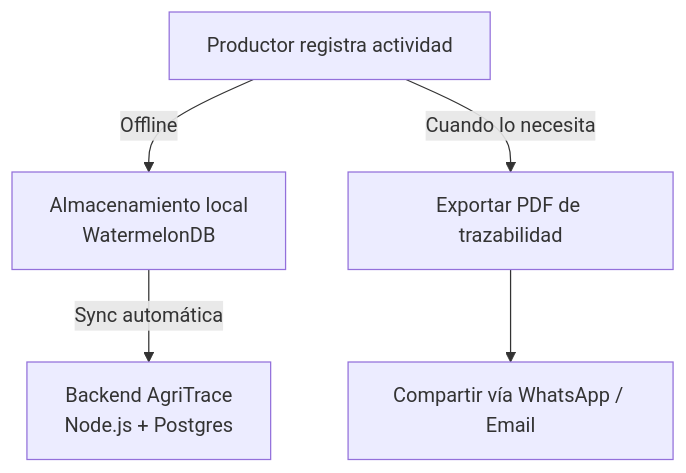
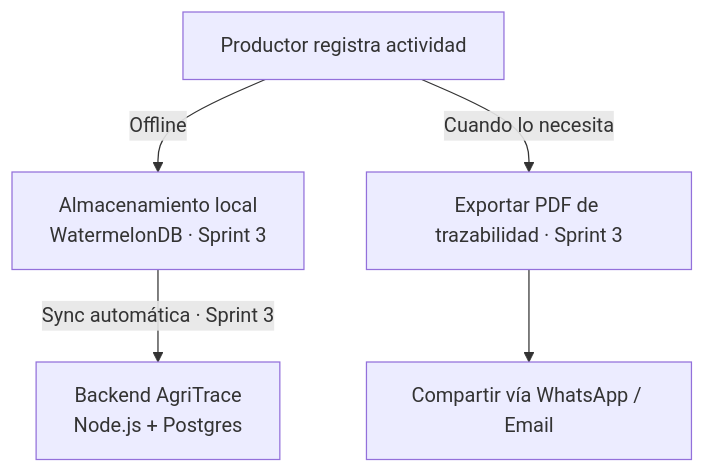
One commit to diegotrujillor/agritrace-docs changed the first of 2 diagrams in 01-preparacion-mvp/04-diseno-ui-ux/03-mapas-recorrido-usuario/01-mapas-recorrido-usuario.md. Above: the diagram before and after it, drawn with Mermaid. The commit also changed other lines of this file and 11 other files, not shown here.

````diff
--- a/01-preparacion-mvp/04-diseno-ui-ux/03-mapas-recorrido-usuario/01-mapas-recorrido-usuario.md
+++ b/01-preparacion-mvp/04-diseno-ui-ux/03-mapas-recorrido-usuario/01-mapas-recorrido-usuario.md
@@ -418,7 +420,7 @@
 ```mermaid
 graph TD
-    A[Productor registra actividad] -->|Offline| B[Almacenamiento local<br/>WatermelonDB]
-    B -->|Sync automática| C[Backend AgriTrace<br/>Node.js + Postgres]
-    A -->|Cuando lo necesita| E[Exportar PDF de trazabilidad]
+    A[Productor registra actividad] -->|Offline| B[Almacenamiento local<br/>WatermelonDB · Sprint 3]
+    B -->|Sync automática · Sprint 3| C[Backend AgriTrace<br/>Node.js + Postgres]
+    A -->|Cuando lo necesita| E[Exportar PDF de trazabilidad · Sprint 3]
     E --> F[Compartir vía WhatsApp / Email]
 ```
````
